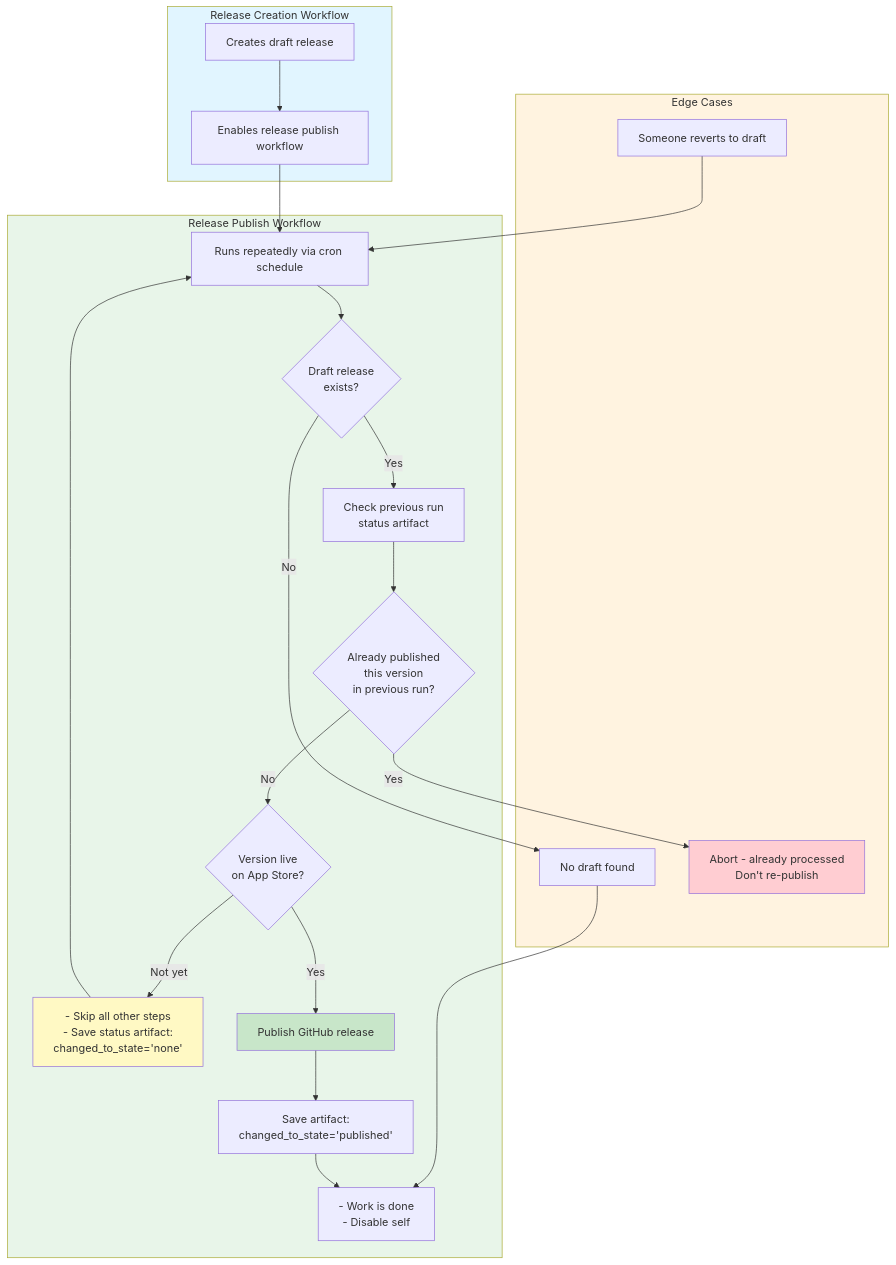
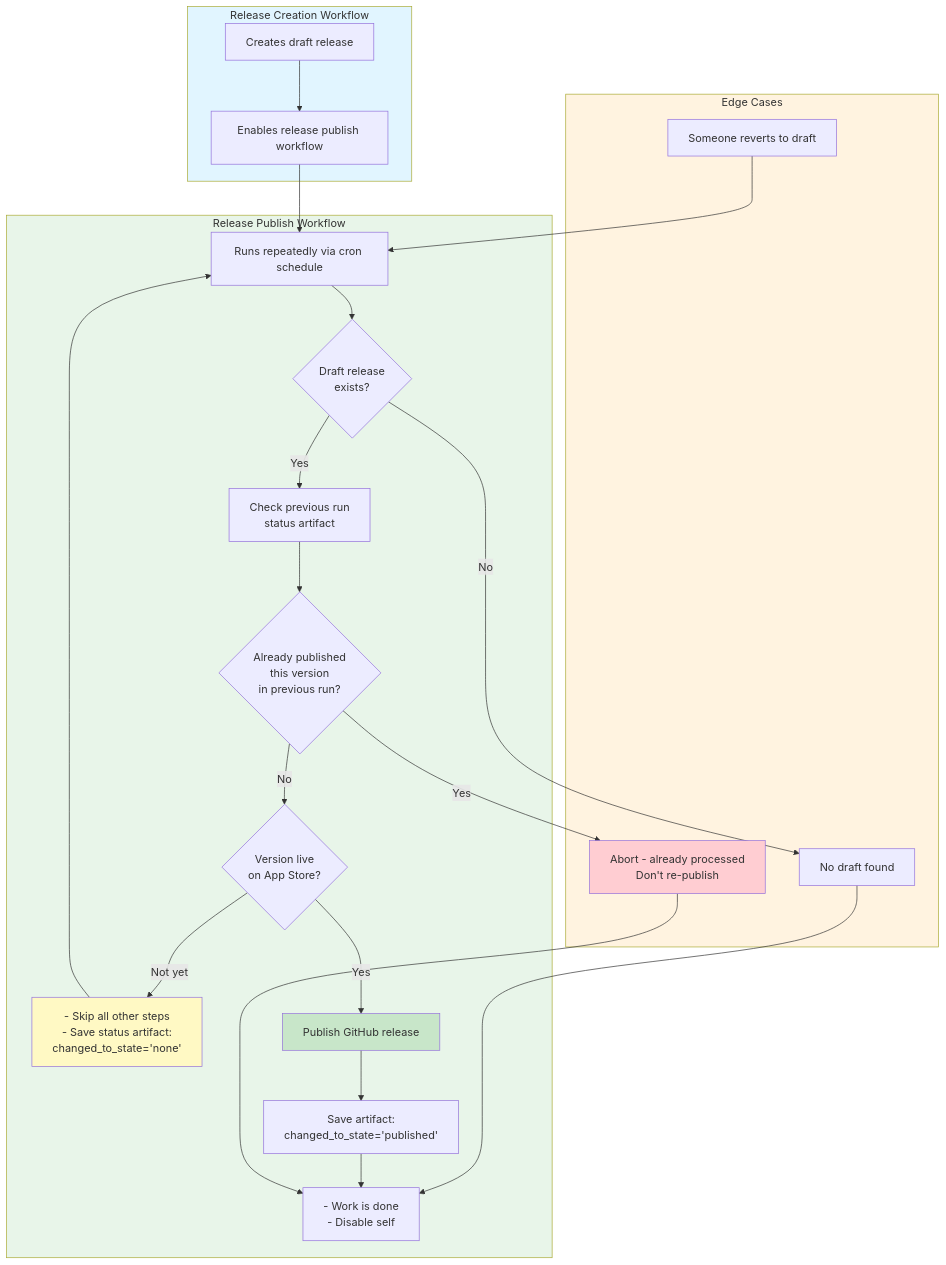
The diagram in publish-mobile-github-release/README.md (bitwarden/gh-actions), drawn with Mermaid before and after one commit. The commit also changed 2 other files, not shown here.

Commit message:
updated README. added test workflow. updated reusable workflow to skip cred download if no cred file name provided

````diff
--- a/publish-mobile-github-release/README.md
+++ b/publish-mobile-github-release/README.md
@@ -76,52 +76,53 @@
 ```mermaid
 flowchart TB
         subgraph Creation["Release Creation Workflow"]
             A[Creates draft release]
             B[Enables release publish workflow]
         end
 
         subgraph Publishing["Release Publish Workflow"]
             C[Runs repeatedly via cron schedule]
             D{Draft release<br/>exists?}
             D2[Check previous run<br/>status artifact]
             E{Already published<br/>this version<br/>in previous run?}
             F{Version live<br/>on App Store?}
             G[- Skip all other steps<br/>- Save status artifact:<br/>changed_to_state='none']
             H[Publish GitHub release]
             I[Save artifact:<br/>changed_to_state='published']
             J[- Work is done<br/>- Disable self]
         end
 
         subgraph Scenarios["Edge Cases"]
             K[No draft found]
             L[Someone reverts to draft]
             M[Abort - already processed<br/>Don't re-publish]
         end
 
         A --> B
         B --> C
         C --> D
         D -->|Yes| D2
         D2 --> E
         D -->|No| K
         K --> J
 
         E -->|No| F
         E -->|Yes| M
 
         F -->|Not yet| G
         F -->|Yes| H
 
         G --> C
         H --> I
         I --> J
 
         L --> C
+        M --> J
 
         style Creation fill:#e1f5ff
         style Publishing fill:#e8f5e9
         style Scenarios fill:#fff3e0
         style H fill:#c8e6c9
         style M fill:#ffcdd2
         style G fill:#fff9c4
 ```
````
